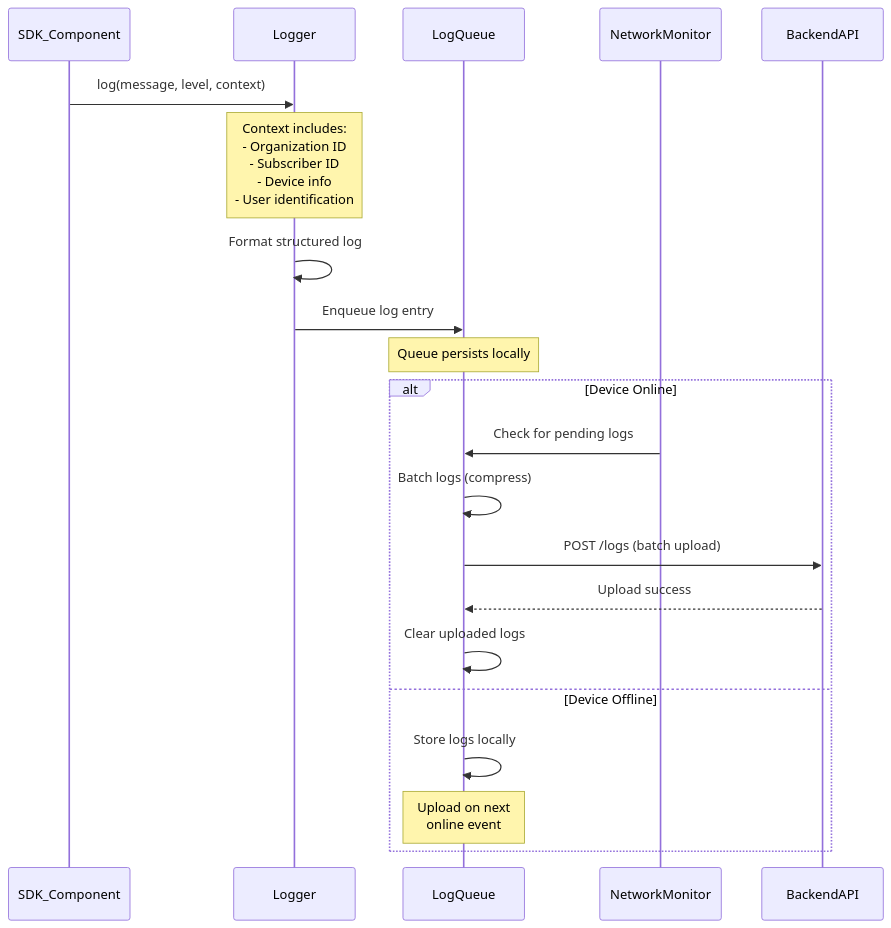
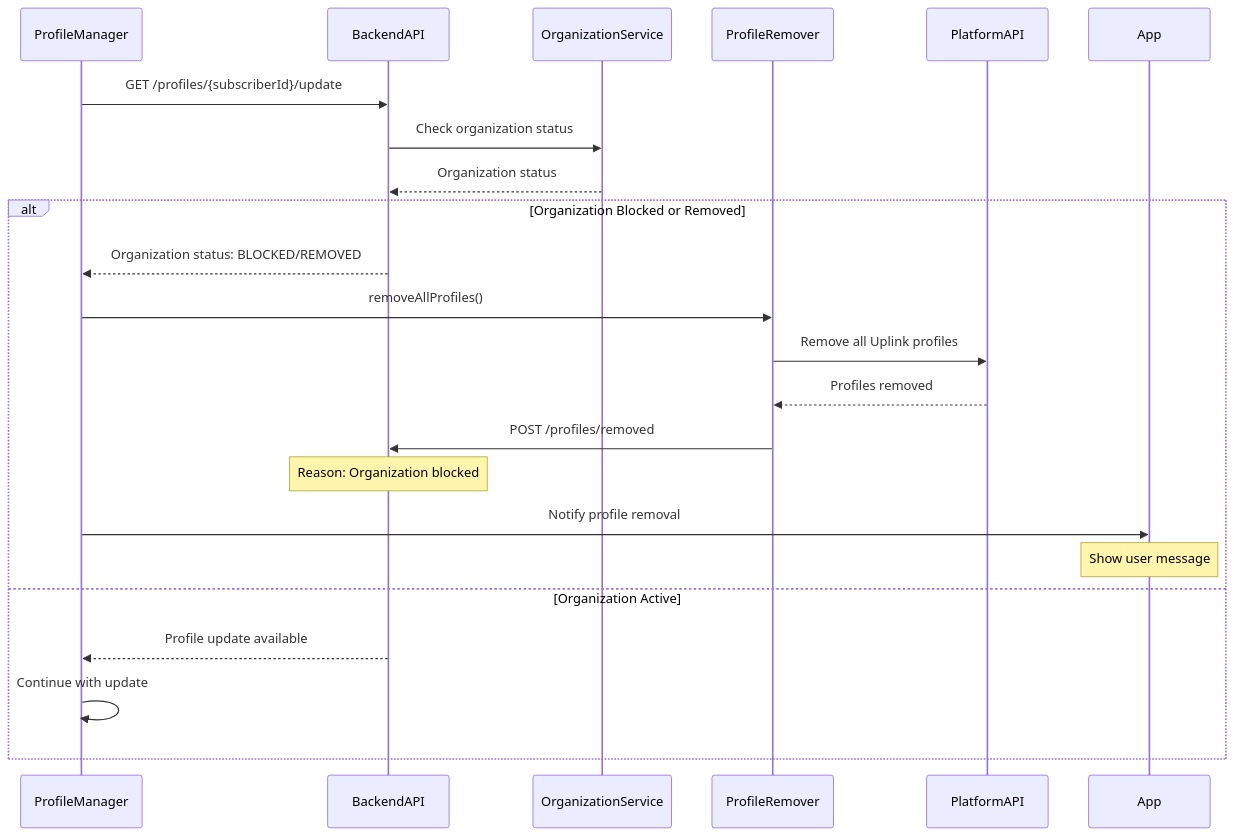
The second of 4 diagrams in README.md (bellones/breakingnews), drawn with Mermaid before and after one commit. The commit also changed other lines of this file, not shown here.

````diff
--- a/README.md
+++ b/README.md
@@ -44,27 +36,27 @@
 ```mermaid
 sequenceDiagram
-    participant SDK_Component
-    participant Logger
-    participant LogQueue
-    participant NetworkMonitor
+    participant ProfileManager
     participant BackendAPI
+    participant OrganizationService
+    participant ProfileRemover
+    participant PlatformAPI
+    participant App
     
-    SDK_Component->>Logger: log(message, level, context)
-    Note over Logger: Context includes:<br/>- Organization ID<br/>- Subscriber ID<br/>- Device info<br/>- User identification
+    ProfileManager->>BackendAPI: GET /profiles/{subscriberId}/update
+    BackendAPI->>OrganizationService: Check organization status
+    OrganizationService-->>BackendAPI: Organization status
     
-    Logger->>Logger: Format structured log
-    Logger->>LogQueue: Enqueue log entry
-    
-    Note over LogQueue: Queue persists locally
-    
-    alt Device Online
-        NetworkMonitor->>LogQueue: Check for pending logs
-        LogQueue->>LogQueue: Batch logs (compress)
-        LogQueue->>BackendAPI: POST /logs (batch upload)
-        BackendAPI-->>LogQueue: Upload success
-        LogQueue->>LogQueue: Clear uploaded logs
-    else Device Offline
-        LogQueue->>LogQueue: Store logs locally
-        Note over LogQueue: Upload on next<br/>online event
+    alt Organization Blocked or Removed
+        BackendAPI-->>ProfileManager: Organization status: BLOCKED/REMOVED
+        ProfileManager->>ProfileRemover: removeAllProfiles()
+        ProfileRemover->>PlatformAPI: Remove all Uplink profiles
+        PlatformAPI-->>ProfileRemover: Profiles removed
+        ProfileRemover->>BackendAPI: POST /profiles/removed
+        Note over BackendAPI: Reason: Organization blocked
+        ProfileManager->>App: Notify profile removal
+        Note over App: Show user message
+    else Organization Active
+        BackendAPI-->>ProfileManager: Profile update available
+        ProfileManager->>ProfileManager: Continue with update
     end
 ```
````
